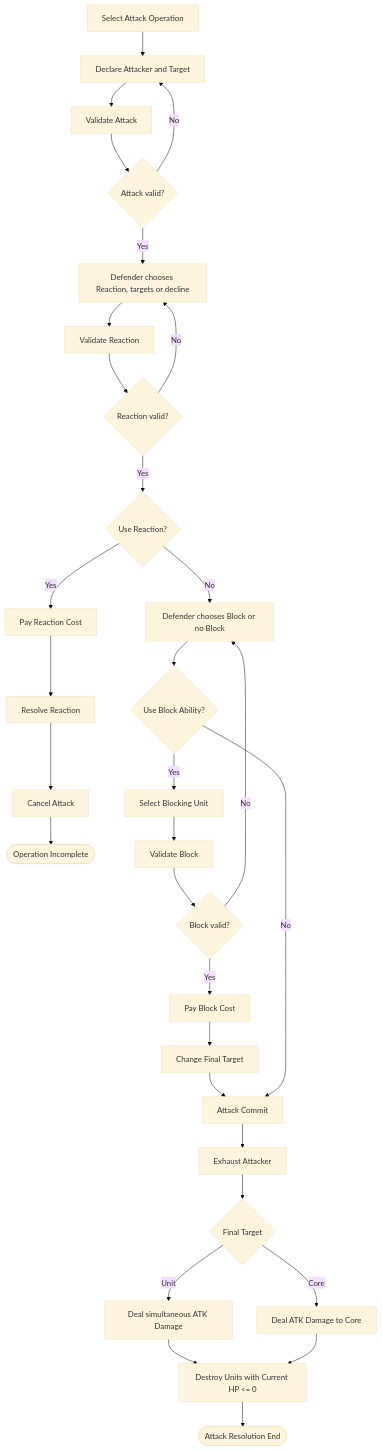
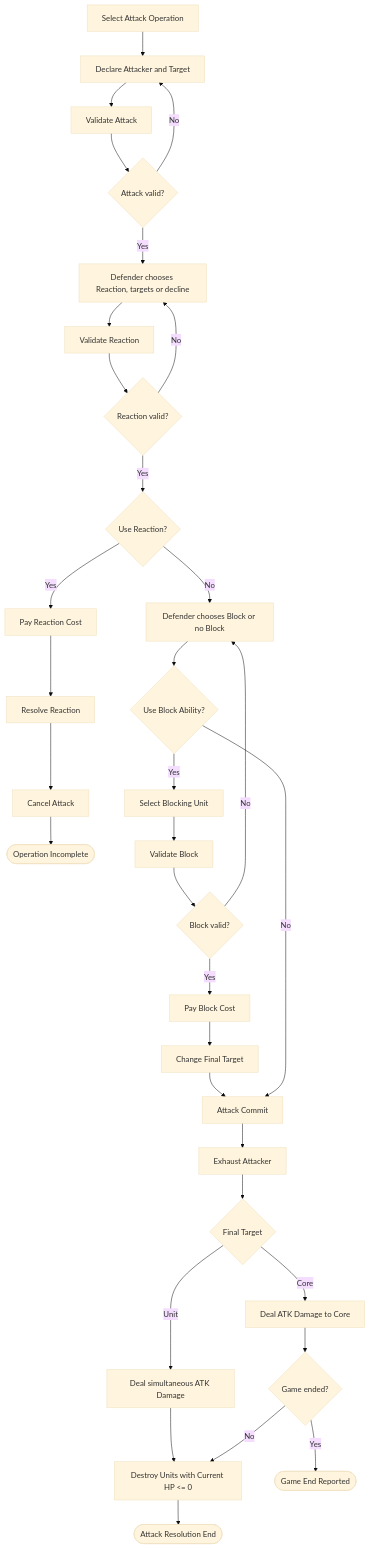
One commit to kjun1/card-game changed the diagram in docs/process/attack-flow.md. Above: the diagram before and after it, drawn with Mermaid (base theme). The commit also changed other lines of this file and 28 other files, not shown here.

```diff
--- a/docs/process/attack-flow.md
+++ b/docs/process/attack-flow.md
@@ -11,36 +11,38 @@
 ~~~mermaid
 flowchart TD
     S[Select Attack Operation] --> D[Declare Attacker and Target]
     D --> VA[Validate Attack]
     VA --> AV{Attack valid?}
     AV -- No --> D
     AV -- Yes --> R[Defender chooses Reaction, targets or decline]
     R --> VR[Validate Reaction]
     VR --> RV{Reaction valid?}
     RV -- No --> R
     RV -- Yes --> G{Use Reaction?}
 
     G -- Yes --> RC[Pay Reaction Cost]
     RC --> RR[Resolve Reaction]
     RR --> X[Cancel Attack]
     X --> O([Operation Incomplete])
 
     G -- No --> B[Defender chooses Block or no Block]
     B --> BG{Use Block Ability?}
     BG -- Yes --> BS[Select Blocking Unit]
     BS --> BV[Validate Block]
     BV --> VBG{Block valid?}
     VBG -- No --> B
     VBG -- Yes --> BC[Pay Block Cost]
     BC --> BT[Change Final Target]
     BT --> C[Attack Commit]
 
     BG -- No --> C
     C --> E[Exhaust Attacker]
     E --> T{Final Target}
     T -- Core --> CD[Deal ATK Damage to Core]
     T -- Unit --> UD[Deal simultaneous ATK Damage]
     UD --> K[Destroy Units with Current HP <= 0]
-    CD --> K
+    CD --> GE{Game ended?}
+    GE -- Yes --> ER([Game End Reported])
+    GE -- No --> K
     K --> OC([Attack Resolution End])
 ~~~
```
